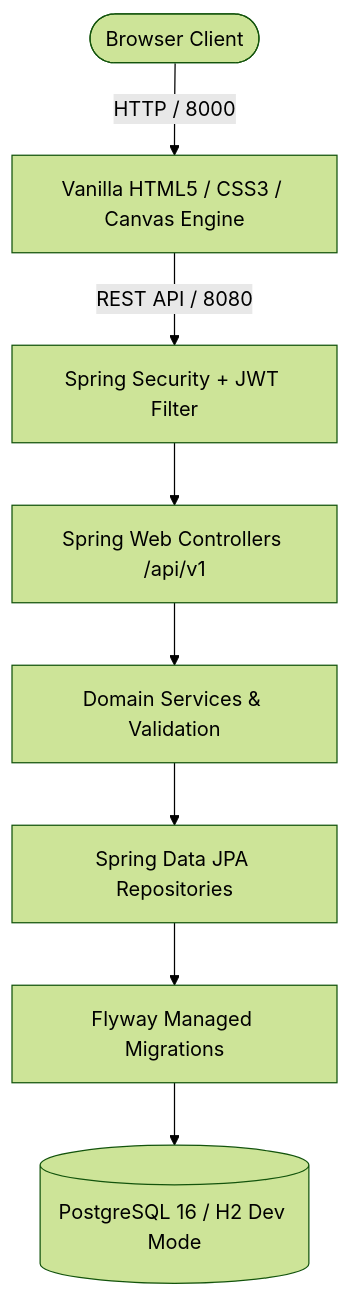
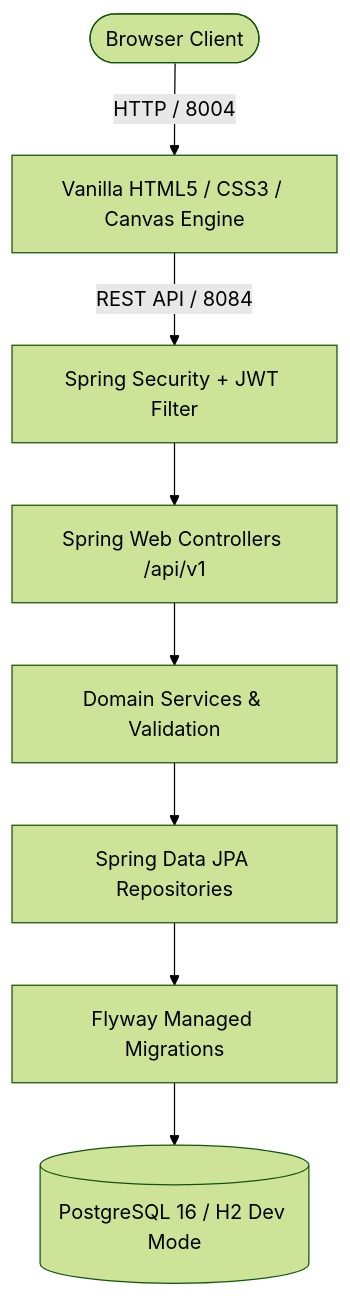
One commit to Yashr4635/Dial-and-Form changed the diagram in README.md. Above: the diagram before and after it, drawn with Mermaid (forest theme). The commit also changed other lines of this file and 57 other files, not shown here.

````diff
--- a/README.md
+++ b/README.md
@@ -16,10 +16,10 @@
 ```mermaid
 graph TD
-    User([Browser Client]) -->|HTTP / 8000| Frontend[Vanilla HTML5 / CSS3 / Canvas Engine]
-    Frontend -->|REST API / 8080| Security[Spring Security + JWT Filter]
+    User([Browser Client]) -->|HTTP / 8004| Frontend[Vanilla HTML5 / CSS3 / Canvas Engine]
+    Frontend -->|REST API / 8084| Security[Spring Security + JWT Filter]
     Security --> Controller[Spring Web Controllers /api/v1]
     Controller --> Service[Domain Services & Validation]
     Service --> Repository[Spring Data JPA Repositories]
     Repository --> Flyway[Flyway Managed Migrations]
     Flyway --> Database[(PostgreSQL 16 / H2 Dev Mode)]
 ```
````
